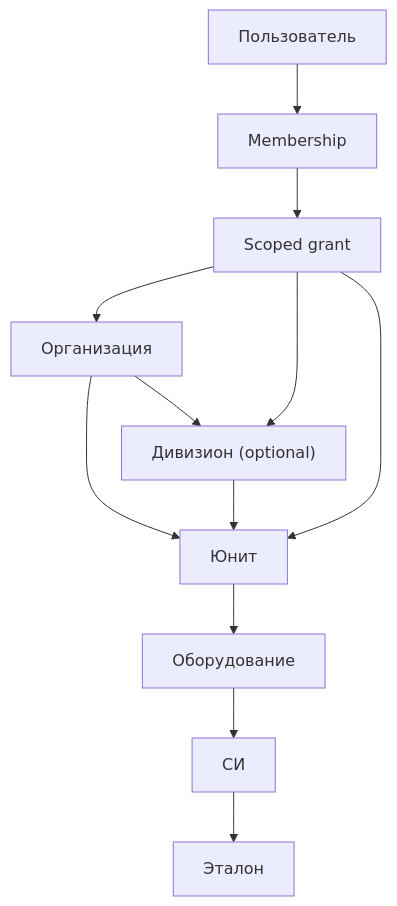
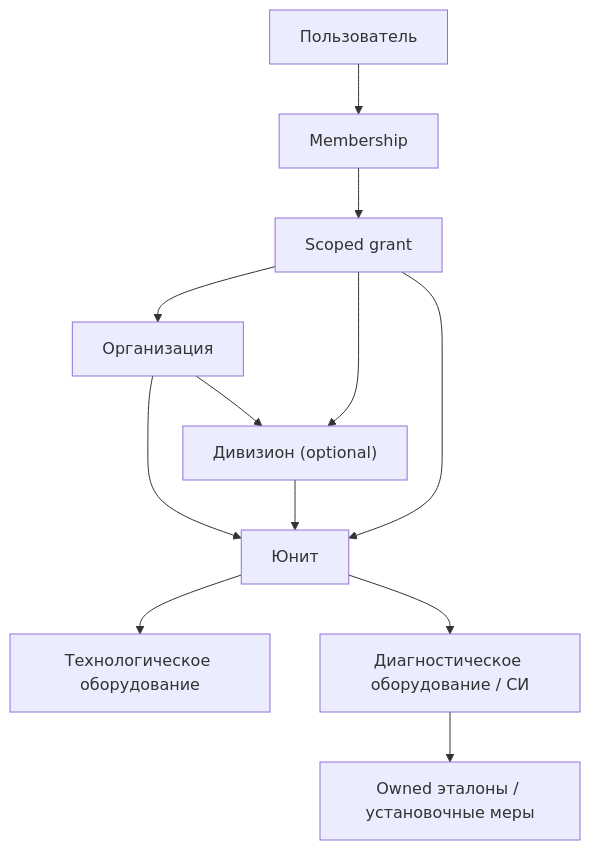
One commit to vrk-app/vrk changed the eighth of 8 diagrams in docs/design/customer-admin-bootstrap-flow.md. Above: the diagram before and after it, drawn with Mermaid. The commit also changed other lines of this file and 192 other files, not shown here.

First line of the commit message:
feat(app): add equipment photos and journal flows

````diff
--- a/docs/design/customer-admin-bootstrap-flow.md
+++ b/docs/design/customer-admin-bootstrap-flow.md
@@ -239,14 +265,14 @@
 ```mermaid
 flowchart TD
     A["Организация"] --> B["Дивизион (optional)"]
     A --> C["Юнит"]
     B --> C
-    C --> D["Оборудование"]
-    D --> E["СИ"]
-    E --> F["Эталон"]
+    C --> D["Технологическое оборудование"]
+    C --> E["Диагностическое оборудование / СИ"]
+    E --> F["Owned эталоны / установочные меры"]
     U["Пользователь"] --> M["Membership"]
     M --> G["Scoped grant"]
     G --> A
     G --> B
     G --> C
 ```
````
